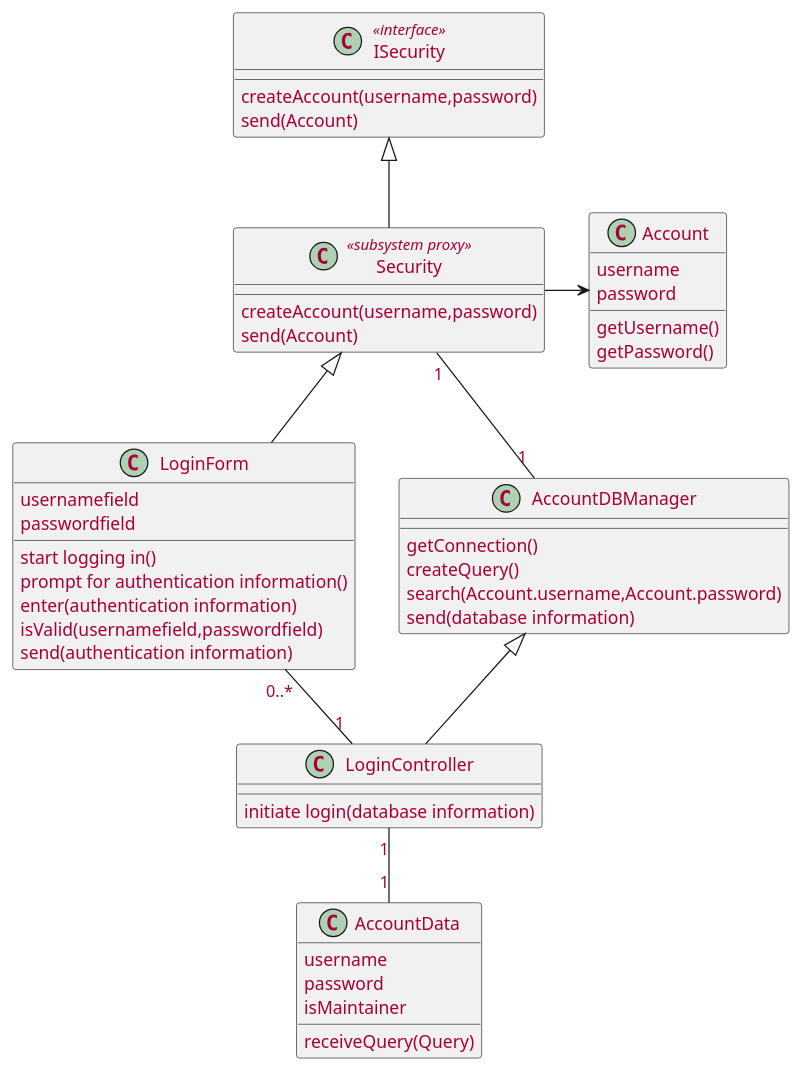
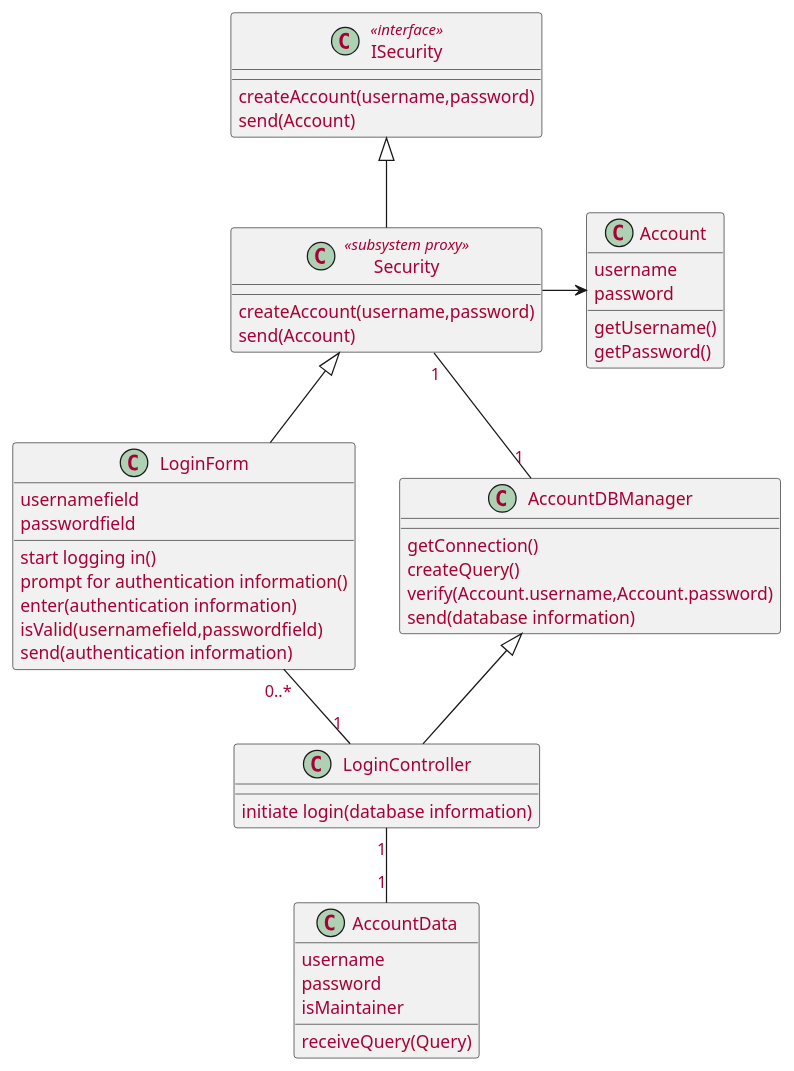
One commit to McSinyx/ipppi changed the second of 6 diagrams in source/solution/use-case-design.rst. Above: the diagram before and after it, drawn with PlantUML.

```diff
--- a/source/solution/use-case-design.rst
+++ b/source/solution/use-case-design.rst
@@ -48,49 +48,49 @@
 .. uml::
 
    skinparam defaultFontColor #a80036
    
    class Account {
      username
      password
      getUsername()
      getPassword()
    }
 
    class LoginForm extends Security {
       usernamefield
       passwordfield
       start logging in()
       prompt for authentication information()
       enter(authentication information)
       isValid(usernamefield,passwordfield)
       send(authentication information)
    }
    class ISecurity <<interface>> {
       createAccount(username,password)
       send(Account)  
    }
    class Security <<subsystem proxy>> extends ISecurity {
       createAccount(username,password)
       send(Account)
    }
    class AccountDBManager {
       getConnection()
       createQuery()
-      search(Account.username,Account.password)
+      verify(Account.username,Account.password)
       send(database information)
    }
    class LoginController extends AccountDBManager {
        initiate login(database information)
    }
    
    class AccountData {
        username
        password
        isMaintainer
        receiveQuery(Query)
    }
 
    LoginForm "0..*" -- "1" LoginController
    LoginController "1" -- "1" AccountData
    Security -> Account
    Security "1" -- "1" AccountDBManager
```
